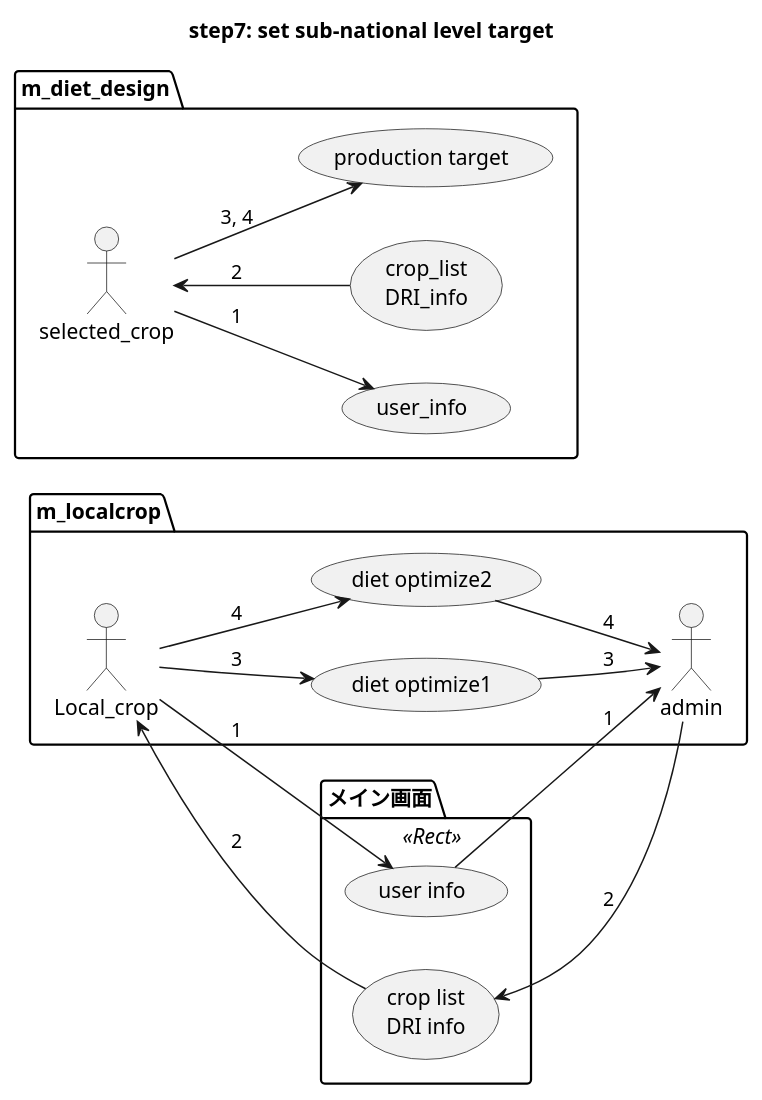
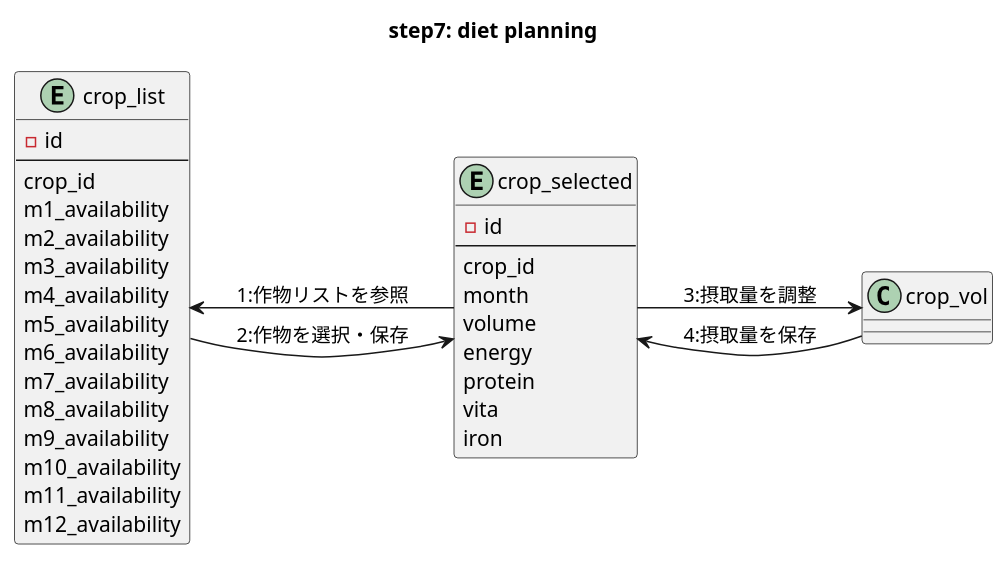
One commit to snakada1615/ifna_pwa02 changed the diagram in myApp/static/ULM/Diet_plan01.puml. Above: the diagram before and after it, drawn with PlantUML. The commit also changed 3 other files, not shown here.

```diff
--- a/myApp/static/ULM/Diet_plan01.puml
+++ b/myApp/static/ULM/Diet_plan01.puml
@@ -1,27 +1,44 @@
 @startuml
 left to right direction
 
-title step7: set sub-national level target
+title step7: diet planning
 
-  package "m_localcrop"{
-    Local_crop --> (diet optimize1):"3"
-    (diet optimize1) --> admin:"3"
-    Local_crop --> (diet optimize2):"4"
-    (diet optimize2) --> admin:"4"
-  }
+entity crop_list {
+  -id
+  --
+  crop_id
+  m1_availability
+  m2_availability
+  m3_availability
+  m4_availability
+  m5_availability
+  m6_availability
+  m7_availability
+  m8_availability
+  m9_availability
+  m10_availability
+  m11_availability
+  m12_availability
+}
+entity crop_selected {
+  -id
+  --
+  crop_id
+  month
+  volume
+  energy
+  protein
+  vita
+  iron
+}
 
-  package "メイン画面" <<Rect>> {
-      Local_crop --> (user info):"1"
-      (user info) --> admin:"1"
-      Local_crop <-- (crop list\nDRI info):"2"
-      (crop list\nDRI info) <-- admin:"2"
-  }
 
-  package "m_diet_design" {
-    selected_crop --> (user_info):"1"
-    selected_crop <-- (crop_list\nDRI_info):"2"
-    selected_crop --> (production target):"3, 4"
-  }
+crop_list <-- crop_selected:"1:作物リストを参照"
+crop_list --> crop_selected:"2:作物を選択・保存"
+
+crop_selected --> crop_vol:"3:摂取量を調整"
+crop_selected <-- crop_vol:"4:摂取量を保存"
+
 
 
 @enduml
```
